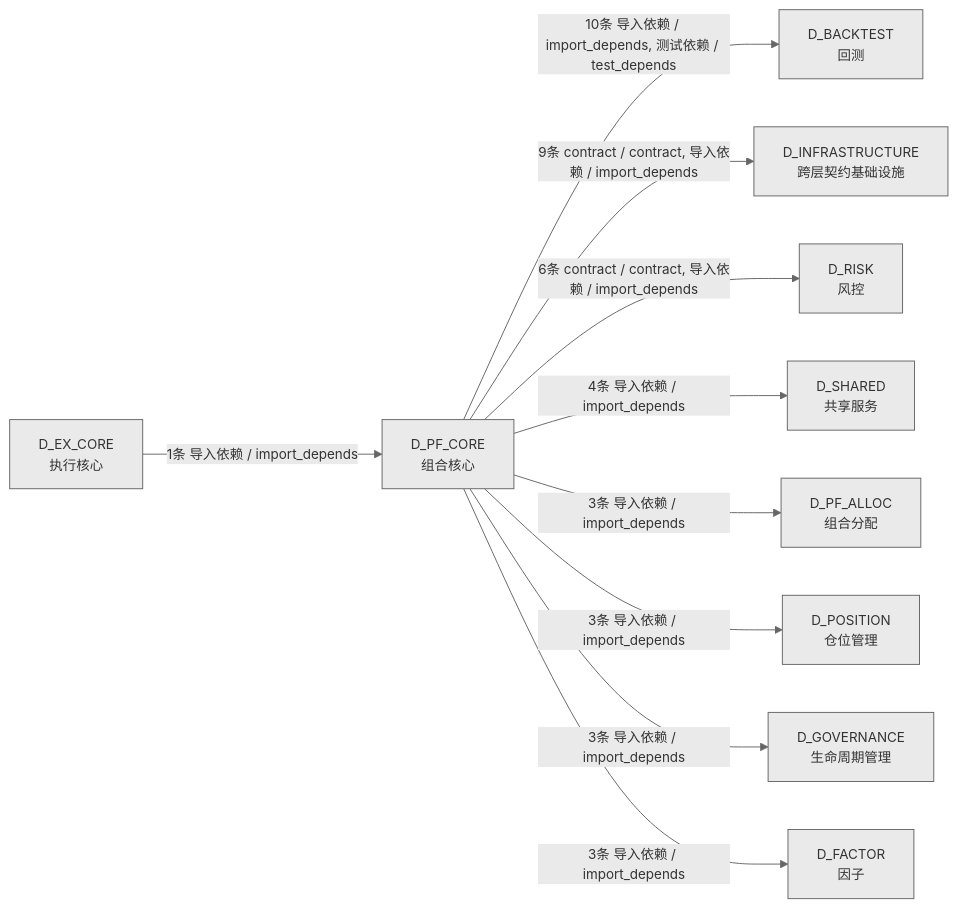
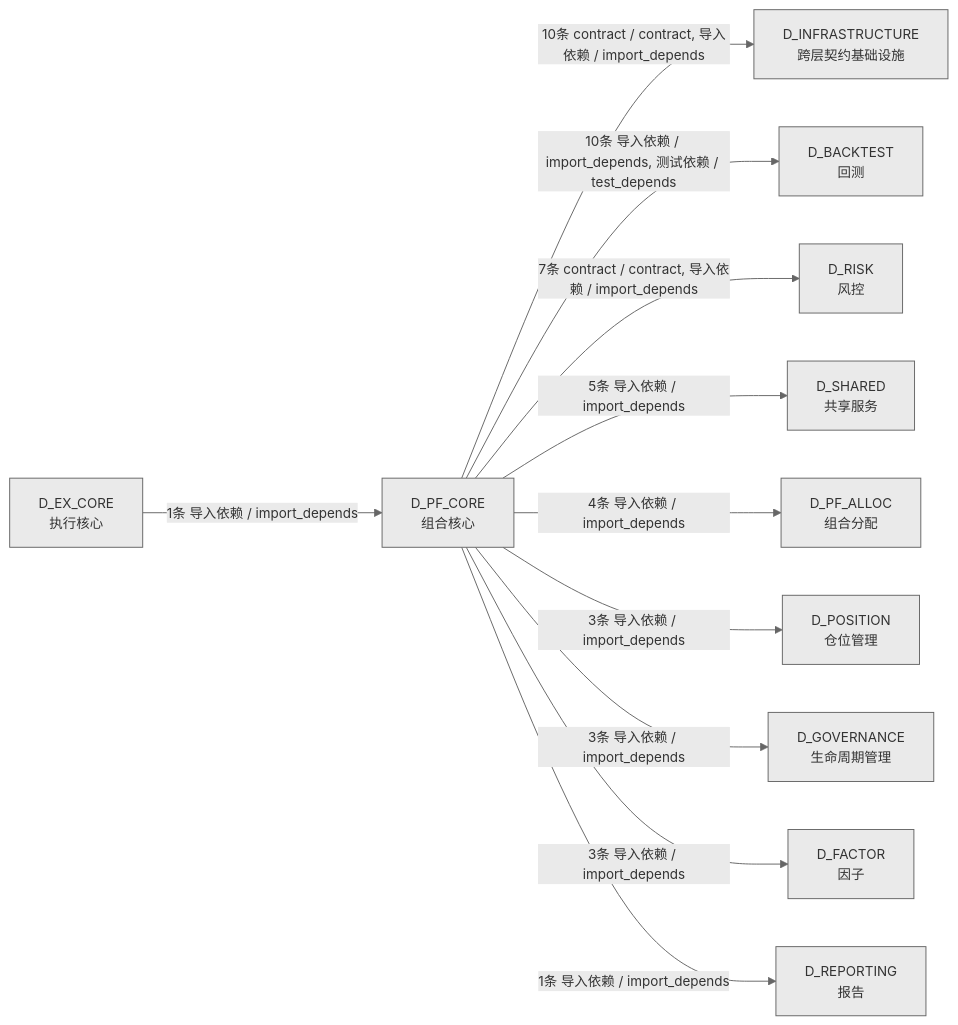
The fourth of 4 diagrams in docs/02_enterprise_architecture/02_domain_architecture_docs/63_d_pf_core.md (xuanFelixVan/ZephyrAlpha), drawn with Mermaid before and after one commit. The commit also changed other lines of this file and 49 other files, not shown here.

````diff
--- a/docs/02_enterprise_architecture/02_domain_architecture_docs/63_d_pf_core.md
+++ b/docs/02_enterprise_architecture/02_domain_architecture_docs/63_d_pf_core.md
@@ -269,23 +271,25 @@
 ```mermaid
 %%{init: {'theme': 'base', 'themeVariables': {'primaryColor': '#eaeaea', 'primaryTextColor': '#333333', 'primaryBorderColor': '#666666', 'lineColor': '#666666', 'secondaryColor': '#eaeaea', 'tertiaryColor': '#eaeaea', 'fontSize': '14px'}}}%%
 graph LR
     D_PF_CORE["D_PF_CORE<br/>组合核心"]
+    D_INFRASTRUCTURE["D_INFRASTRUCTURE<br/>跨层契约基础设施"]
     D_BACKTEST["D_BACKTEST<br/>回测"]
-    D_INFRASTRUCTURE["D_INFRASTRUCTURE<br/>跨层契约基础设施"]
     D_RISK["D_RISK<br/>风控"]
     D_SHARED["D_SHARED<br/>共享服务"]
     D_PF_ALLOC["D_PF_ALLOC<br/>组合分配"]
     D_POSITION["D_POSITION<br/>仓位管理"]
     D_GOVERNANCE["D_GOVERNANCE<br/>生命周期管理"]
     D_FACTOR["D_FACTOR<br/>因子"]
+    D_REPORTING["D_REPORTING<br/>报告"]
     D_EX_CORE["D_EX_CORE<br/>执行核心"]
+    D_PF_CORE -->|10条 contract / contract, 导入依赖 / import_depends| D_INFRASTRUCTURE
     D_PF_CORE -->|10条 导入依赖 / import_depends, 测试依赖 / test_depends| D_BACKTEST
-    D_PF_CORE -->|9条 contract / contract, 导入依赖 / import_depends| D_INFRASTRUCTURE
-    D_PF_CORE -->|6条 contract / contract, 导入依赖 / import_depends| D_RISK
-    D_PF_CORE -->|4条 导入依赖 / import_depends| D_SHARED
-    D_PF_CORE -->|3条 导入依赖 / import_depends| D_PF_ALLOC
+    D_PF_CORE -->|7条 contract / contract, 导入依赖 / import_depends| D_RISK
+    D_PF_CORE -->|5条 导入依赖 / import_depends| D_SHARED
+    D_PF_CORE -->|4条 导入依赖 / import_depends| D_PF_ALLOC
     D_PF_CORE -->|3条 导入依赖 / import_depends| D_POSITION
     D_PF_CORE -->|3条 导入依赖 / import_depends| D_GOVERNANCE
     D_PF_CORE -->|3条 导入依赖 / import_depends| D_FACTOR
+    D_PF_CORE -->|1条 导入依赖 / import_depends| D_REPORTING
     D_EX_CORE -->|1条 导入依赖 / import_depends| D_PF_CORE
 ```
````
